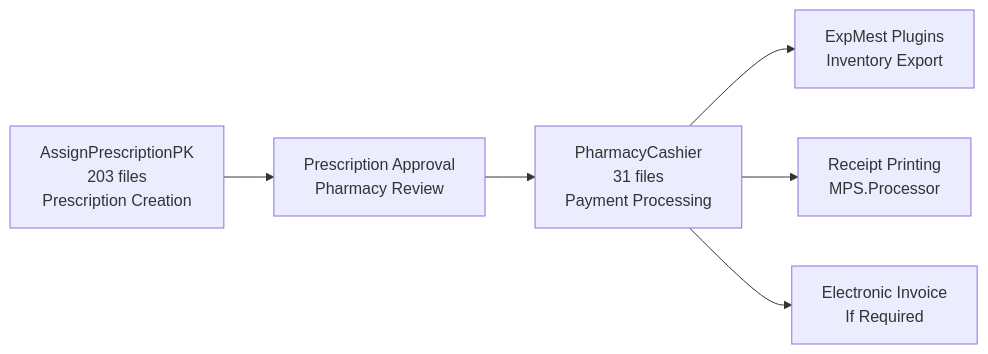
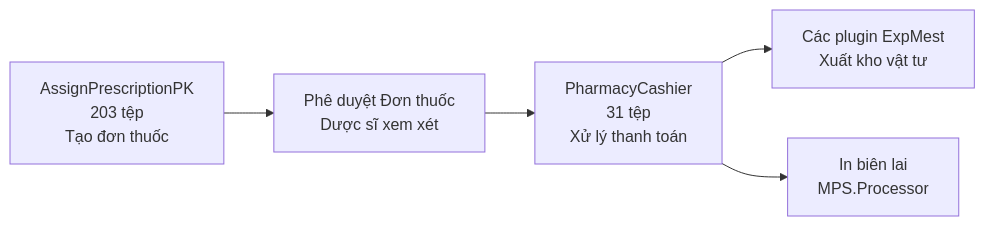
The ninth of 9 diagrams in docs/his-ba-documentation/02-modules/his-desktop/business-plugins.md (thangpnb/HIS), drawn with Mermaid before and after one commit. The commit also changed other lines of this file and 30 other files, not shown here.

Commit message:
Refactor architecture docs and update translations

````diff
--- a/docs/his-ba-documentation/02-modules/his-desktop/business-plugins.md
+++ b/docs/his-ba-documentation/02-modules/his-desktop/business-plugins.md
@@ -789,14 +781,13 @@
 ```mermaid
 graph LR
-    Prescription["AssignPrescriptionPK<br/>203 files<br/>Prescription Creation"]
-    Approval["Prescription Approval<br/>Pharmacy Review"]
-    PharmaCash["PharmacyCashier<br/>31 files<br/>Payment Processing"]
-    ExpMest["ExpMest Plugins<br/>Inventory Export"]
+    Prescription["AssignPrescriptionPK<br/>203 tệp<br/>Tạo đơn thuốc"]
+    Approval["Phê duyệt Đơn thuốc<br/>Dược sĩ xem xét"]
+    PharmaCash["PharmacyCashier<br/>31 tệp<br/>Xử lý thanh toán"]
+    ExpMest["Các plugin ExpMest<br/>Xuất kho vật tư"]
     
     Prescription --> Approval
     Approval --> PharmaCash
     PharmaCash --> ExpMest
     
-    PharmaCash --> Receipt["Receipt Printing<br/>MPS.Processor"]
-    PharmaCash --> EInv["Electronic Invoice<br/>If Required"]
+    PharmaCash --> Receipt["In biên lai<br/>MPS.Processor"]
 ```
````
